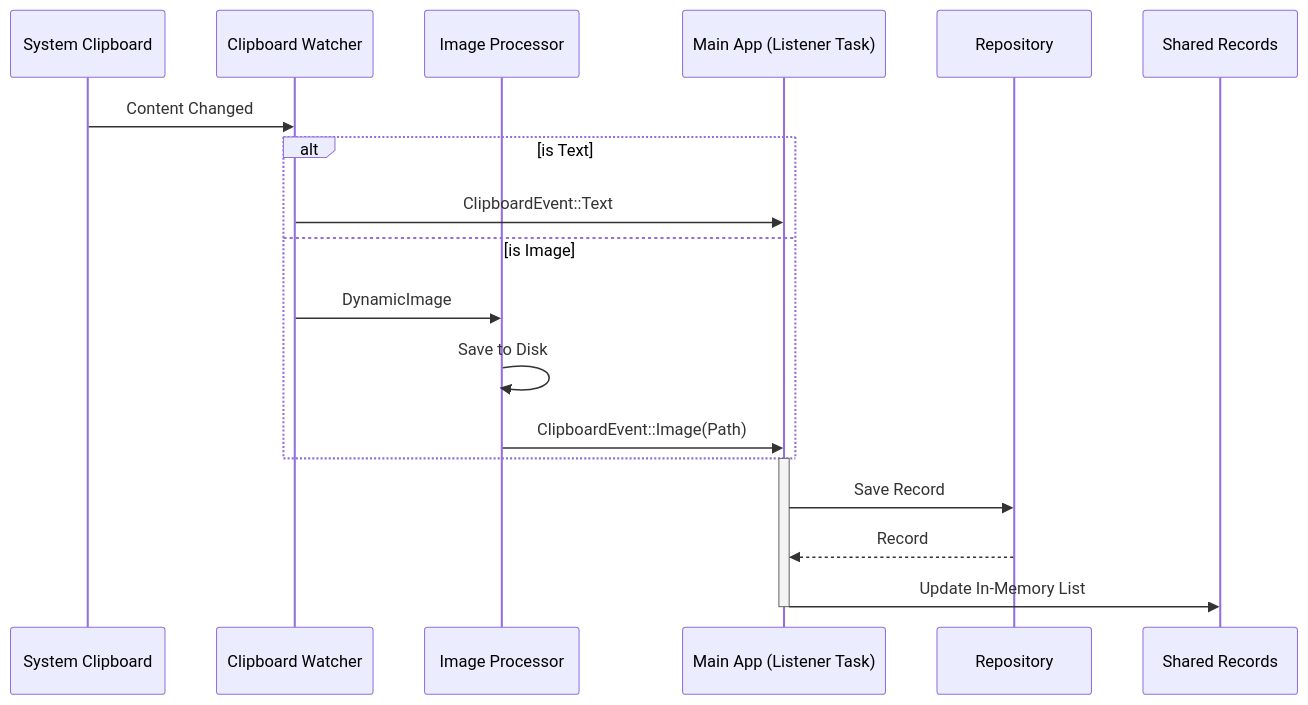
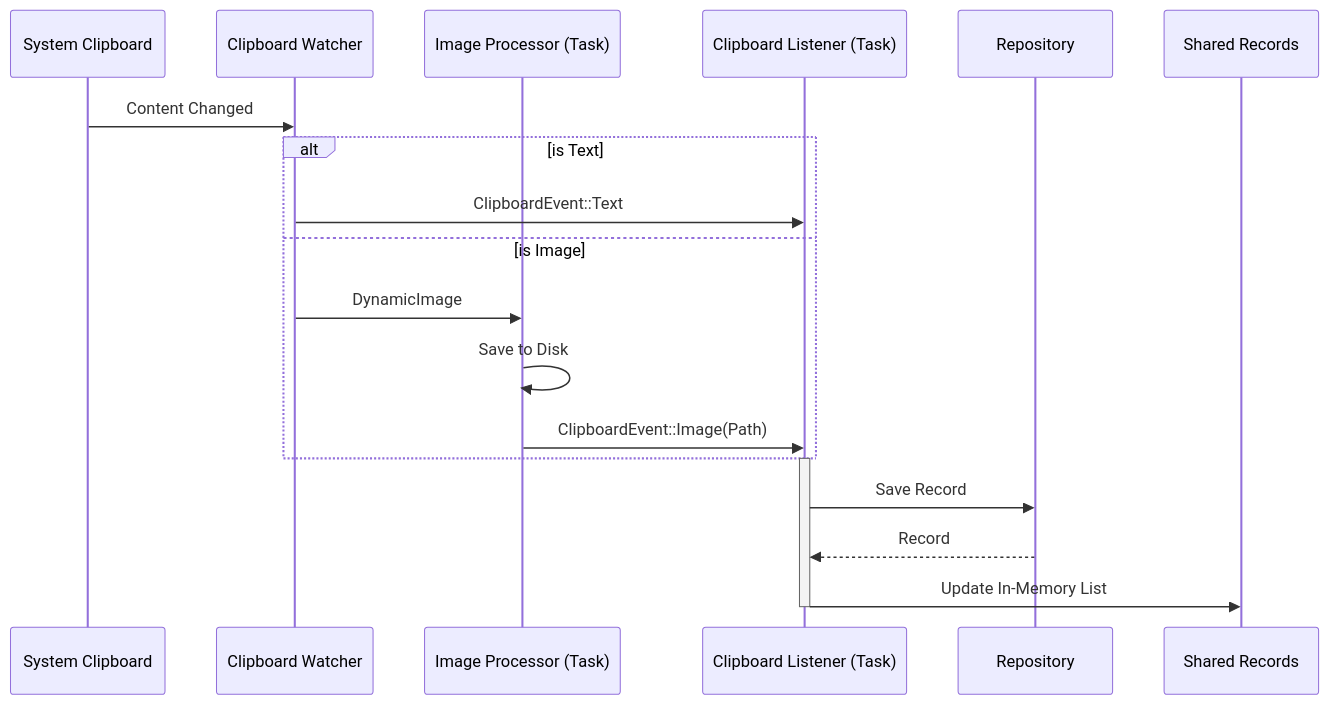
The second of 2 diagrams in doc/Concurrency.md (StudentWeis/ropy), drawn with Mermaid before and after one commit. The commit also changed other lines of this file, not shown here.

Commit message:
docs: update concurrency documentation to clarify threading model and message passing flow

````diff
--- a/doc/Concurrency.md
+++ b/doc/Concurrency.md
@@ -92,24 +99,24 @@
 ```mermaid
 sequenceDiagram
     participant Sys as System Clipboard
     participant CW as Clipboard Watcher
-    participant IP as Image Processor
-    participant Main as Main App (Listener Task)
+    participant IP as Image Processor (Task)
+    participant CL as Clipboard Listener (Task)
     participant Repo as Repository
     participant Shared as Shared Records
 
     Sys->>CW: Content Changed
     alt is Text
-        CW->>Main: ClipboardEvent::Text
+        CW->>CL: ClipboardEvent::Text
     else is Image
         CW->>IP: DynamicImage
         IP->>IP: Save to Disk
-        IP->>Main: ClipboardEvent::Image(Path)
+        IP->>CL: ClipboardEvent::Image(Path)
     end
 
-    activate Main
-    Main->>Repo: Save Record
-    Repo-->>Main: Record
-    Main->>Shared: Update In-Memory List
-    deactivate Main
+    activate CL
+    CL->>Repo: Save Record
+    Repo-->>CL: Record
+    CL->>Shared: Update In-Memory List
+    deactivate CL
 ```
````
